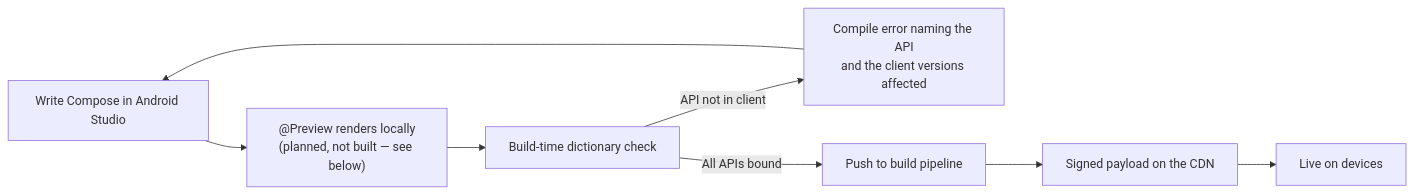
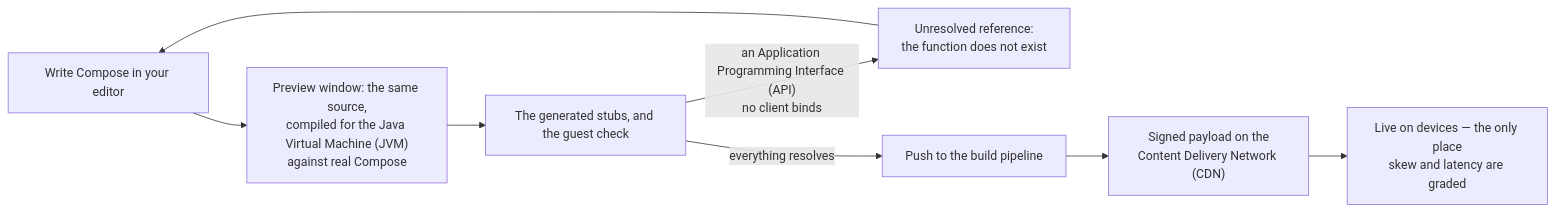
One commit to teegarcs/dogwood changed the first of 2 diagrams in developer-experience.md. Above: the diagram before and after it, drawn with Mermaid. The commit also changed other lines of this file and 125 other files, not shown here.

First line of the commit message:
Close the backlog: the generator binds 111 of 260, delivery is mechanised, and Tier C runs nightly (#66)

````diff
--- a/developer-experience.md
+++ b/developer-experience.md
@@ -113,10 +117,10 @@
 ```mermaid
 flowchart LR
-    Write["Write Compose in Android Studio"] --> Preview["@Preview renders locally\n(planned, not built — see below)"]
-    Preview --> Check["Build-time dictionary check"]
-    Check -->|"API not in client"| Fix["Compile error naming the API\nand the client versions affected"]
+    Write["Write Compose in your editor"] --> Preview["Preview window: the same source,<br/>compiled for the Java Virtual Machine (JVM)<br/>against real Compose"]
+    Preview --> Resolve["The generated stubs, and the guest check"]
+    Resolve -->|"an Application Programming Interface (API)<br/>no client binds"| Fix["Unresolved reference:<br/>the function does not exist"]
     Fix --> Write
-    Check -->|"All APIs bound"| Push["Push to build pipeline"]
-    Push --> Deploy["Signed payload on the CDN"]
-    Deploy --> Device["Live on devices"]
+    Resolve -->|"everything resolves"| Push["Push to the build pipeline"]
+    Push --> Deploy["Signed payload on the<br/>Content Delivery Network (CDN)"]
+    Deploy --> Device["Live on devices — the only place<br/>skew and latency are graded"]
 ```
````
